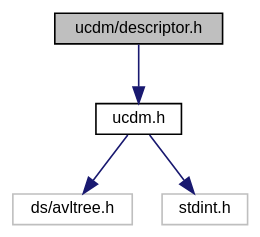
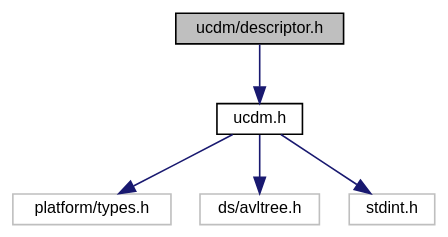
The diagram in descriptor_8h__incl.dot (ebs-universe/piolib-ucdm), drawn with Graphviz before and after one commit. The commit also changed 40 other files, not shown here.

```diff
--- a/descriptor_8h__incl.dot
+++ b/descriptor_8h__incl.dot
@@ -1,15 +1,17 @@
 digraph "ucdm/descriptor.h"
 {
  // INTERACTIVE_SVG=YES
  // LATEX_PDF_SIZE
   bgcolor="transparent";
   edge [fontname="Helvetica",fontsize="10",labelfontname="Helvetica",labelfontsize="10"];
   node [fontname="Helvetica",fontsize="10",shape=record];
   Node1 [label="ucdm/descriptor.h",height=0.2,width=0.4,color="black", fillcolor="grey75", style="filled", fontcolor="black",tooltip="Descriptor type definitions."];
   Node1 -> Node2 [color="midnightblue",fontsize="10",style="solid",fontname="Helvetica"];
   Node2 [label="ucdm.h",height=0.2,width=0.4,color="black",URL="$ucdm_8h.html",tooltip="Interface and usage of the Unified Configuration and Data Manager."];
   Node2 -> Node3 [color="midnightblue",fontsize="10",style="solid",fontname="Helvetica"];
-  Node3 [label="ds/avltree.h",height=0.2,width=0.4,color="grey75",tooltip=" "];
+  Node3 [label="platform/types.h",height=0.2,width=0.4,color="grey75",tooltip=" "];
   Node2 -> Node4 [color="midnightblue",fontsize="10",style="solid",fontname="Helvetica"];
-  Node4 [label="stdint.h",height=0.2,width=0.4,color="grey75",tooltip=" "];
+  Node4 [label="ds/avltree.h",height=0.2,width=0.4,color="grey75",tooltip=" "];
+  Node2 -> Node5 [color="midnightblue",fontsize="10",style="solid",fontname="Helvetica"];
+  Node5 [label="stdint.h",height=0.2,width=0.4,color="grey75",tooltip=" "];
 }
```
